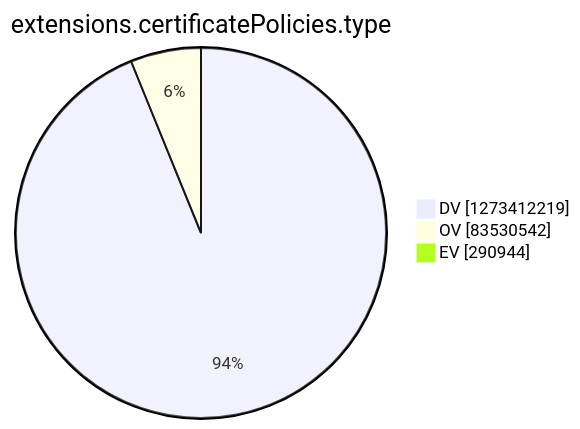
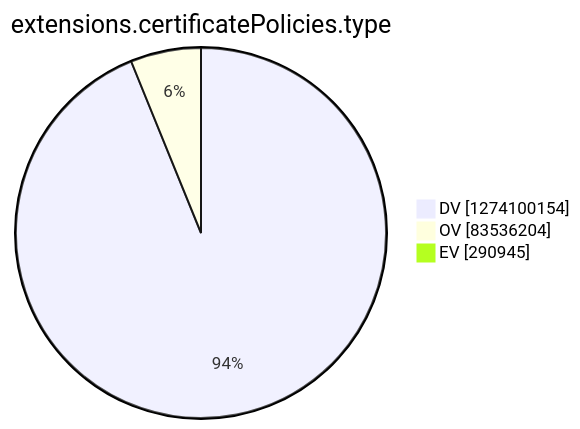
One commit to christiankrug/ctmonitor_visualization changed the tenth of 15 diagrams in argon2022/README.md. Above: the diagram before and after it, drawn with Mermaid. The commit also changed other lines of this file, not shown here.

````diff
--- a/argon2022/README.md
+++ b/argon2022/README.md
@@ -2771,7 +2771,7 @@
 ```mermaid
 pie showData
 title extensions.certificatePolicies.type
-"DV" :1273412219
-"OV" :83530542
-"EV" :290944
+"DV" :1274100154
+"OV" :83536204
+"EV" :290945
 ```
````
